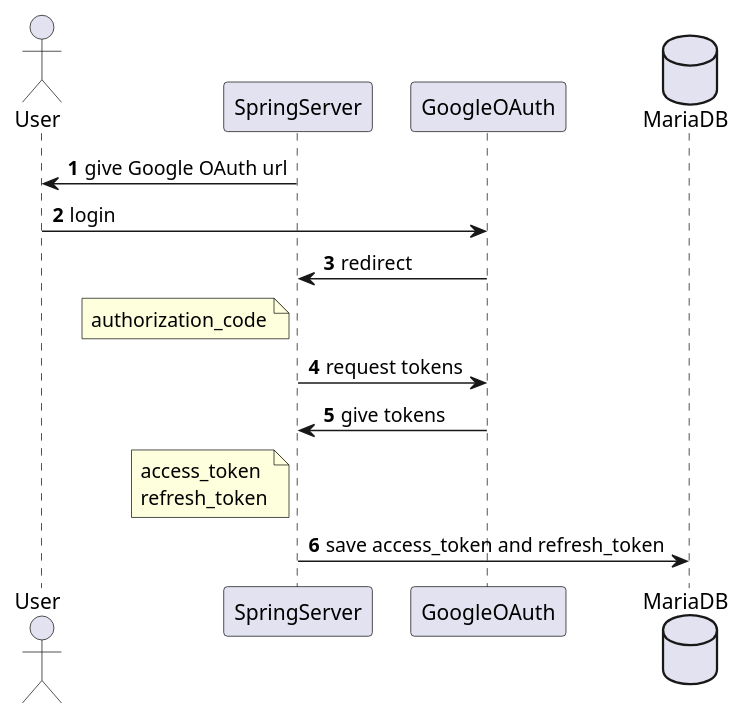
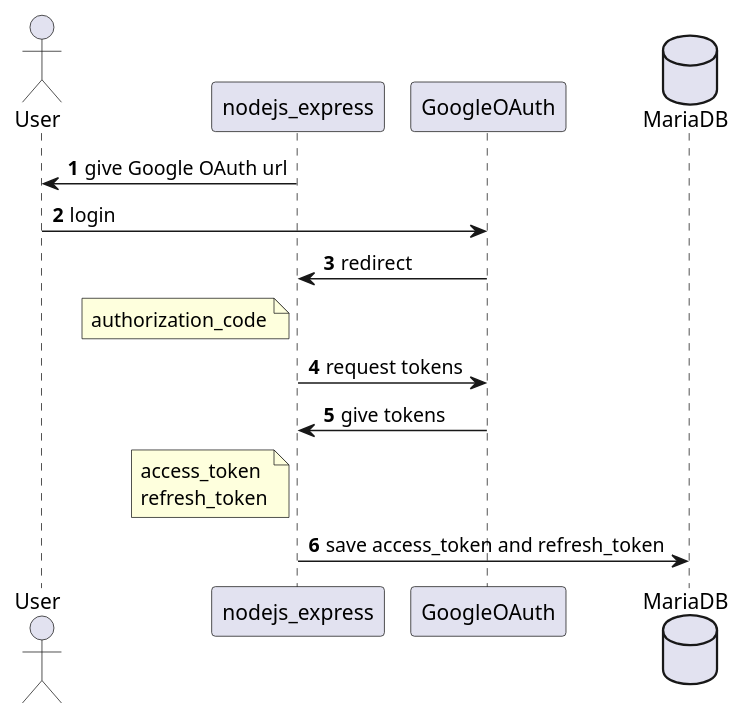
The diagram in docs/AutoDnsRegisterApplication.pu (HanWool-Jeong/AutoDnsRegister), drawn with PlantUML before and after one commit. The commit also changed 1 other file, not shown here.

Commit message:
plantuml 수정

```diff
--- a/docs/AutoDnsRegisterApplication.pu
+++ b/docs/AutoDnsRegisterApplication.pu
@@ -1,20 +1,20 @@
-@startuml AutoDnsRegisterApplication Spring boot Server
+@startuml AutoDnsRegisterApplication
   
   autonumber
 
   actor User
-  participant SpringServer
-  participant GoogleOAuth
+  participant nodejs_express as server
+  participant GoogleOAuth as oauth
   database MariaDB
 
-  SpringServer -> User : give Google OAuth url
-  User -> GoogleOAuth : login
-  GoogleOAuth -> SpringServer: redirect
-  note left SpringServer : authorization_code
-  SpringServer -> GoogleOAuth : request tokens
-  GoogleOAuth -> SpringServer : give tokens
-  note left SpringServer : access_token\nrefresh_token
-  SpringServer -> MariaDB : save access_token and refresh_token
+  server -> User : give Google OAuth url
+  User -> oauth : login
+  oauth -> server: redirect
+  note left server : authorization_code
+  server -> oauth : request tokens
+  oauth -> server : give tokens
+  note left server : access_token\nrefresh_token
+  server -> MariaDB : save access_token and refresh_token
 
   
 @enduml
```
